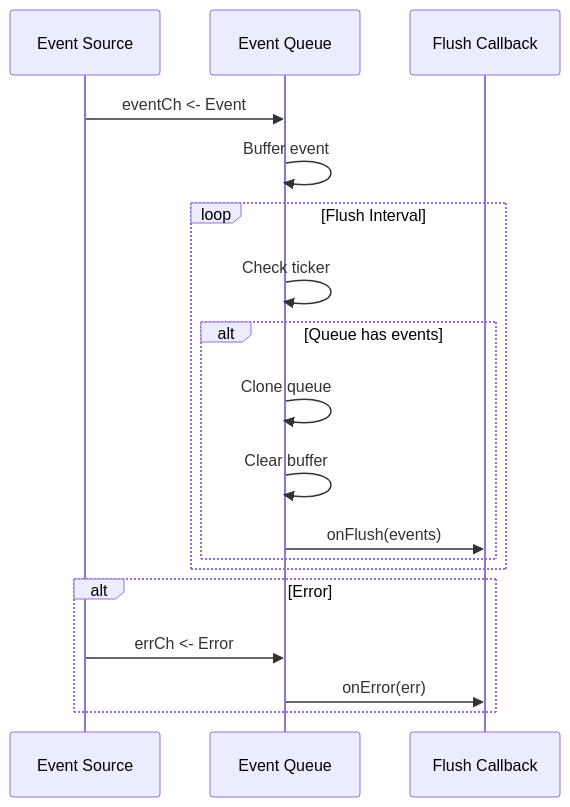
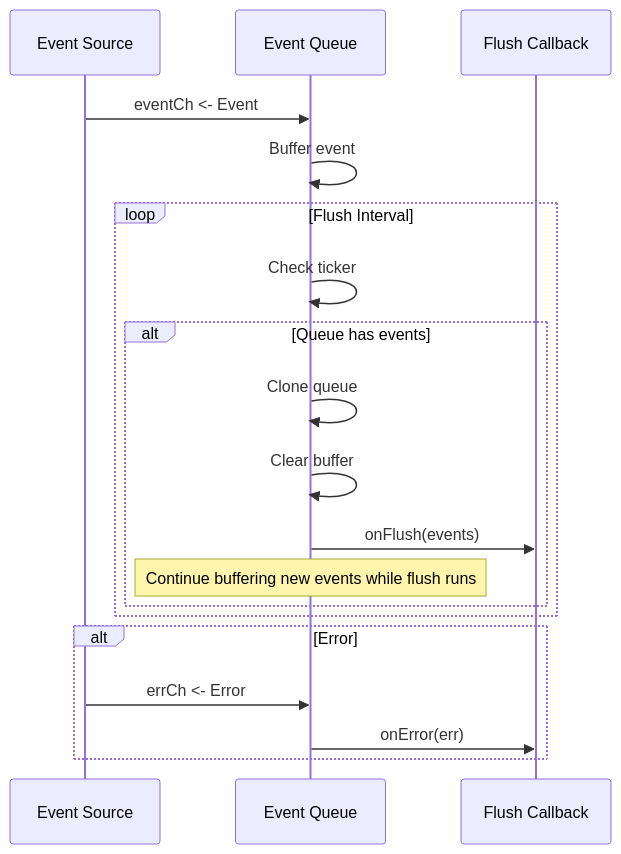
One commit to yusing/godoxy-wiki changed the first of 2 diagrams in content/docs/impl/goutils-eventqueue.mdx. Above: the diagram before and after it, drawn with Mermaid. The commit also changed other lines of this file, not shown here.

Commit message:
docs(eventqueue): update flush lifecycle

````diff
--- a/content/docs/impl/goutils-eventqueue.mdx
+++ b/content/docs/impl/goutils-eventqueue.mdx
@@ -186,22 +186,23 @@
 ```mermaid
 sequenceDiagram
     participant Source as Event Source
     participant EventQueue as Event Queue
     participant Processor as Flush Callback
 
     Source->>EventQueue: eventCh <- Event
     EventQueue->>EventQueue: Buffer event
     loop Flush Interval
         EventQueue->>EventQueue: Check ticker
         alt Queue has events
             EventQueue->>EventQueue: Clone queue
             EventQueue->>EventQueue: Clear buffer
             EventQueue->>Processor: onFlush(events)
+            Note over EventQueue: Continue buffering new events while flush runs
         end
     end
 
     alt Error
         Source->>EventQueue: errCh <- Error
         EventQueue->>Processor: onError(err)
     end
 ```
````
